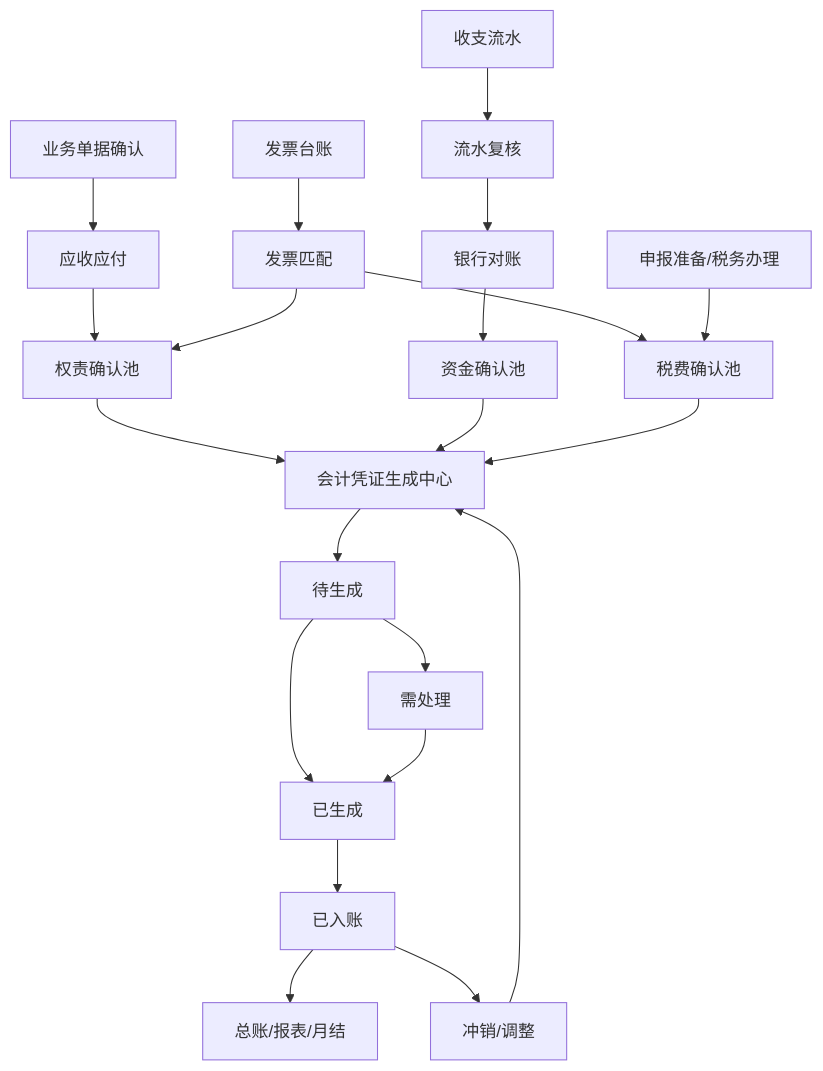
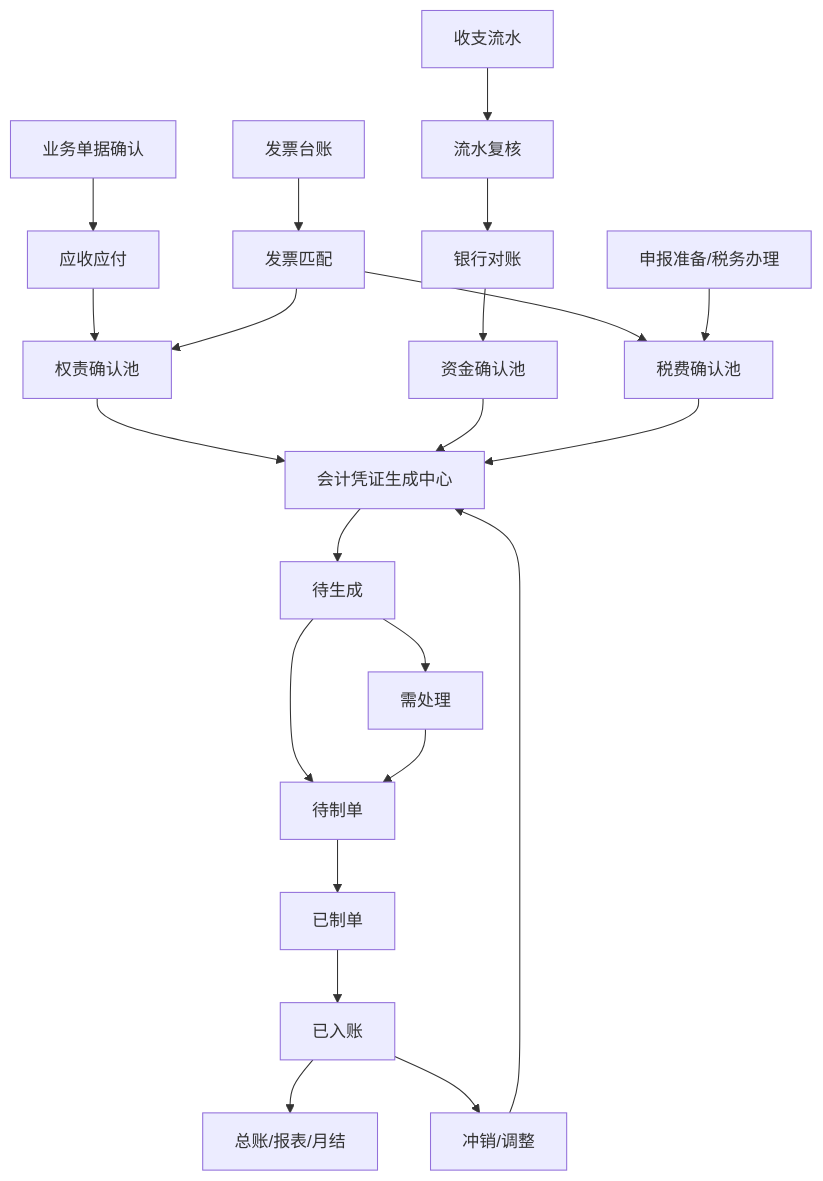
One commit to coffeecoproject/DesignManageWebProject changed the diagram in docs/governance/finance-accounting-voucher-full-workflow-plan-v1.md. Above: the diagram before and after it, drawn with Mermaid. The commit also changed other lines of this file and 112 other files, not shown here.

````diff
--- a/docs/governance/finance-accounting-voucher-full-workflow-plan-v1.md
+++ b/docs/governance/finance-accounting-voucher-full-workflow-plan-v1.md
@@ -230,23 +230,24 @@
 ```mermaid
 flowchart TD
   A["业务单据确认"] --> B["应收应付"]
   B --> C["权责确认池"]
   D["发票台账"] --> E["发票匹配"]
   E --> C
   E --> K["税费确认池"]
   F["收支流水"] --> G["流水复核"]
   G --> H["银行对账"]
   H --> I["资金确认池"]
   J["申报准备/税务办理"] --> K
   C --> L["会计凭证生成中心"]
   I --> L
   K --> L
   L --> M["待生成"]
   M --> N["需处理"]
-  M --> O["已生成"]
+  M --> O["待制单"]
   N --> O
-  O --> P["已入账"]
-  P --> Q["总账/报表/月结"]
-  P --> R["冲销/调整"]
+  O --> P["已制单"]
+  P --> Q["已入账"]
+  Q --> S["总账/报表/月结"]
+  Q --> R["冲销/调整"]
   R --> L
 ```
````
